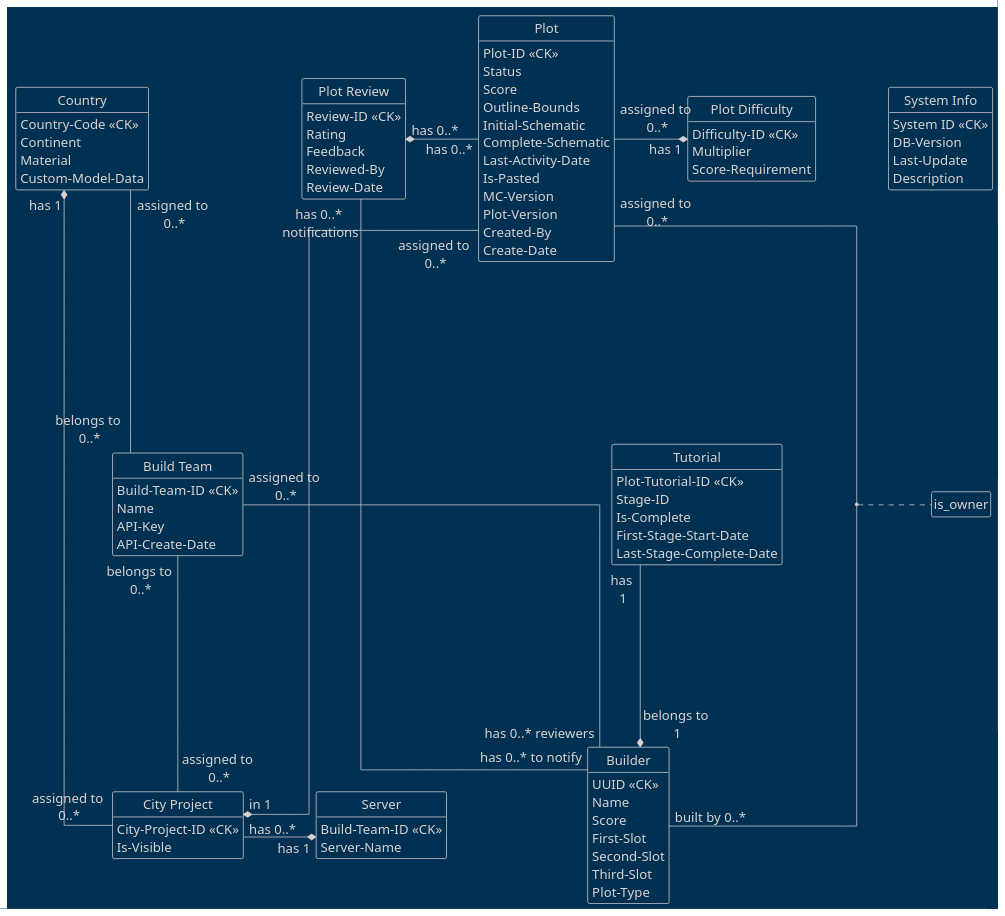
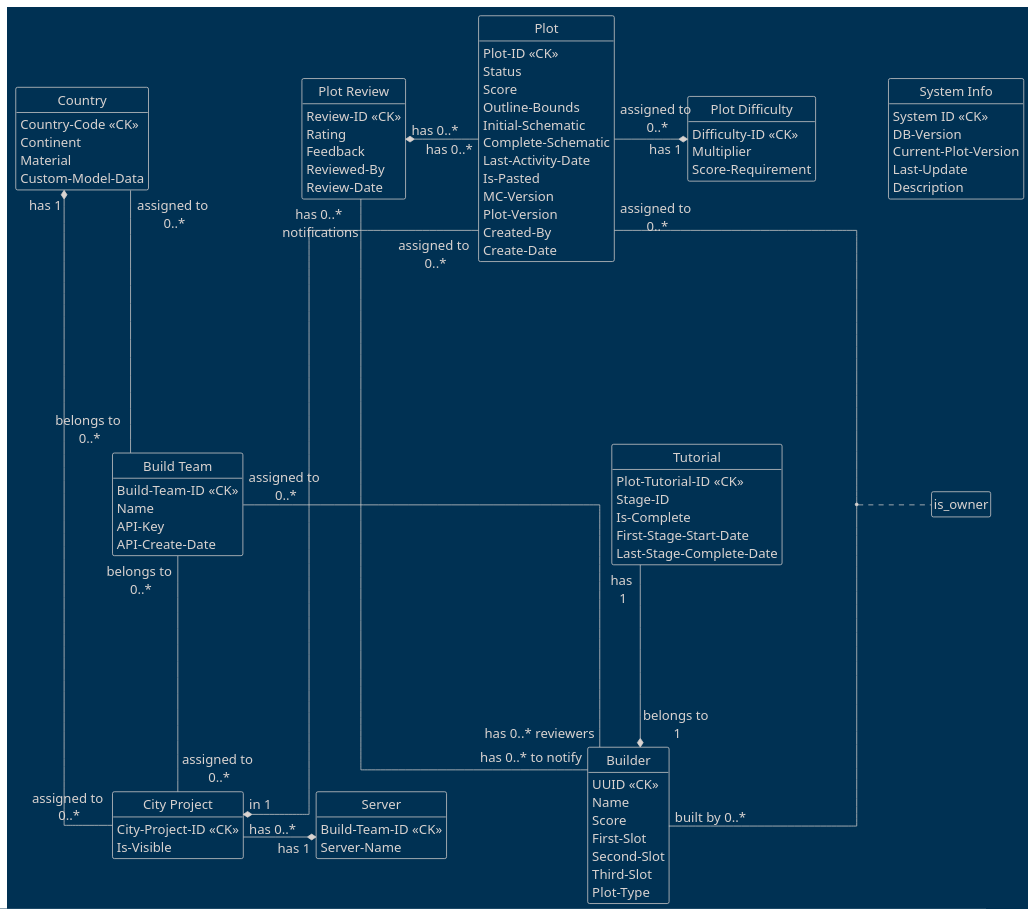
Before and after one commit to AlpsBTE/Plot-System-DB: the diagram in conceptual-db.puml, drawn with PlantUML. The commit also changed 5 other files, not shown here.

Commit message:
add current_plot_version attribute to system_info

```diff
--- a/conceptual-db.puml
+++ b/conceptual-db.puml
@@ -1,106 +1,107 @@
 @startuml
 skinparam nodesep 100
 skinparam ranksep 250
 skinparam defaultFontSize 18
 
 skinparam linetype ortho
 
 hide circle
 hide empty members
 !theme blueprint
 
 entity "System Info" as system_info {
     System ID <<CK>>
     DB-Version
+    Current-Plot-Version
     Last-Update
     Description
 }
 
 entity "Build Team" as build_team {
     Build-Team-ID <<CK>>
     Name
     API-Key
     API-Create-Date
 }
 
 entity "Server" as server {
     Build-Team-ID <<CK>>
     Server-Name
 }
 
 entity "Country" as country {
     Country-Code <<CK>>
     Continent
     Material
     Custom-Model-Data
 }
 
 entity "City Project" as city_project {
     City-Project-ID <<CK>>
     Is-Visible
 }
 
 entity "Builder" as builder {
     UUID <<CK>>
     Name
     Score
     First-Slot
     Second-Slot
     Third-Slot
     Plot-Type
 }
 
 entity "Plot Difficulty" as plot_difficulty {
     Difficulty-ID <<CK>>
     Multiplier
     Score-Requirement
 }
 
 entity "Plot" as plot {
     Plot-ID <<CK>>
     Status
     Score
     Outline-Bounds
     Initial-Schematic
     Complete-Schematic
     Last-Activity-Date
     Is-Pasted
     MC-Version
     Plot-Version
     Created-By
     Create-Date
 }
 
 entity "Tutorial" as tutorial {
     Plot-Tutorial-ID <<CK>>
     Stage-ID
     Is-Complete
     First-Stage-Start-Date
     Last-Stage-Complete-Date
 }
 
 entity "Plot Review" as plot_review {
     Review-ID <<CK>>
     Rating
     Feedback
     Reviewed-By
     Review-Date
 }
 
 build_team "belongs to \n0..*" -up- "assigned to \n0..*" country
 build_team "belongs to \n0..*" -- "assigned to \n0..*" city_project
 build_team "assigned to \n0..*" -- "has 0..* reviewers" builder
 plot_review "has 0..*\n notifications" -- "has 0..* to notify" builder
 plot_review "has 0..*" *- "has 0..*" plot
 
 server "has 1" *--left- "has 0..*" city_project
 country "has 1" *-- "assigned to \n0..*" city_project
 
 plot "assigned to\n 0..*" -- "built by 0..*" builder
 (plot, builder) . is_owner
 
 plot "assigned to \n0..*" --* "in 1" city_project
 plot "assigned to \n0..*" -right* "has 1" plot_difficulty
 
 tutorial "has \n1" --* "belongs to \n1" builder
 @enduml
```
